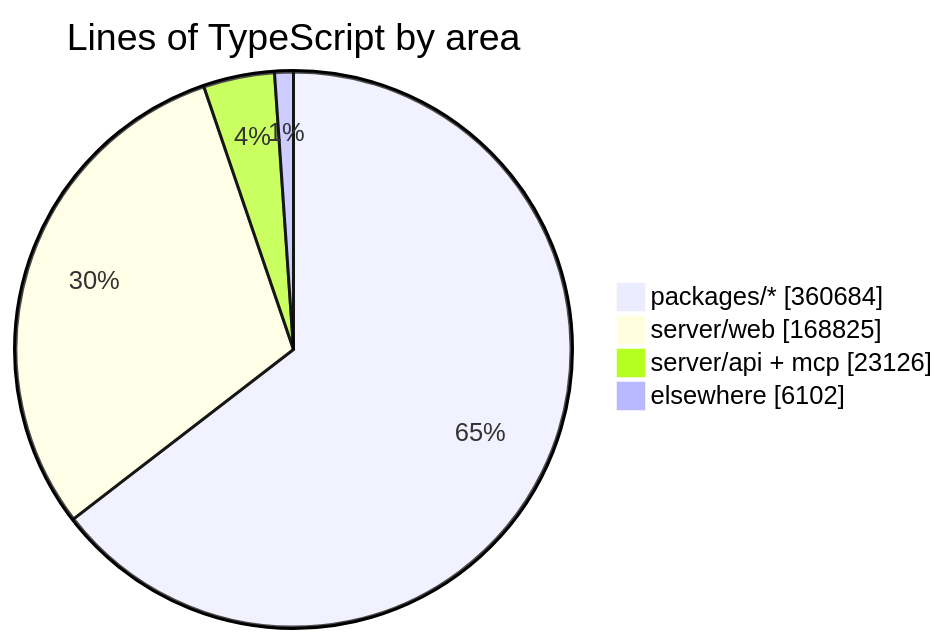
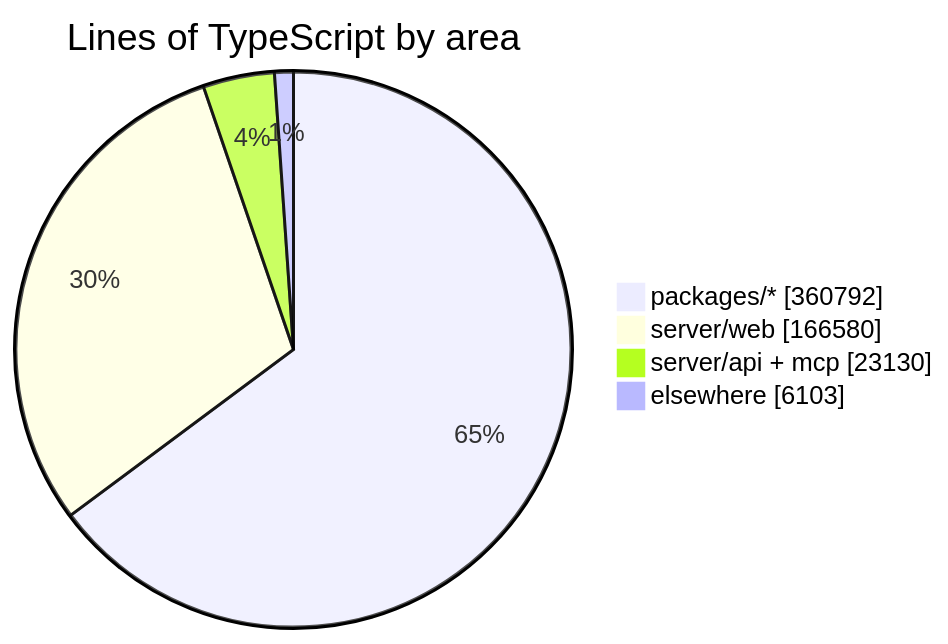
Before and after one commit to crossworks-engineering/mantle: the diagram in README.md, drawn with Mermaid. The commit also changed other lines of this file and 2 other files, not shown here.

````diff
--- a/README.md
+++ b/README.md
@@ -294,7 +294,7 @@
 ```mermaid
 pie showData title Lines of TypeScript by area
-    "packages/*" : 360684
-    "server/web" : 168825
-    "server/api + mcp" : 23126
-    "elsewhere" : 6102
+    "packages/*" : 360792
+    "server/web" : 166580
+    "server/api + mcp" : 23130
+    "elsewhere" : 6103
 ```
````
